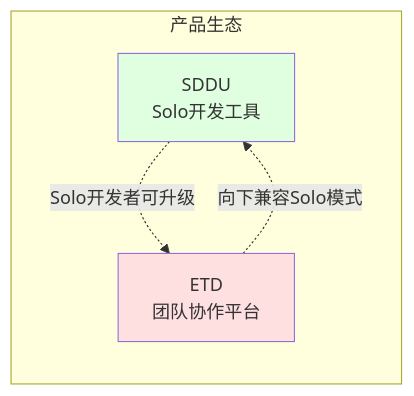
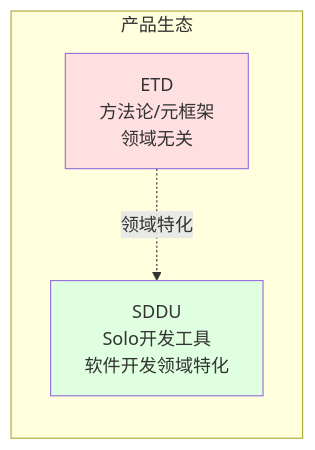
One commit to THZSummer/etd changed the first of 9 diagrams in .sddu/specs-tree-root/discovery.md. Above: the diagram before and after it, drawn with Mermaid. The commit also changed other lines of this file and 1 other file, not shown here.

First line of the commit message:
docs: 升级 ETD discovery 至 v2.0.0，明确方法论定位

````diff
--- a/.sddu/specs-tree-root/discovery.md
+++ b/.sddu/specs-tree-root/discovery.md
@@ -53,13 +53,12 @@
 ```mermaid
 flowchart LR
     subgraph 产品生态
-        SDDU[SDDU<br>Solo开发工具]
-        ETD[ETD<br>团队协作平台]
+        SDDU[SDDU<br>Solo开发工具<br>软件开发领域特化]
+        ETD[ETD<br>方法论/元框架<br>领域无关]
     end
     
-    SDDU -.->|Solo开发者可升级| ETD
-    ETD -.->|向下兼容Solo模式| SDDU
+    ETD -.->|领域特化| SDDU
     
     style SDDU fill:#e0ffe0
     style ETD fill:#ffe0e0
 ```
````
